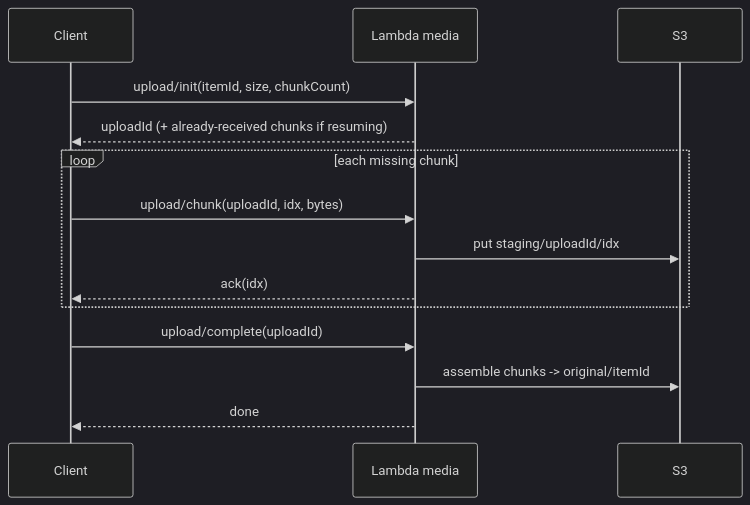
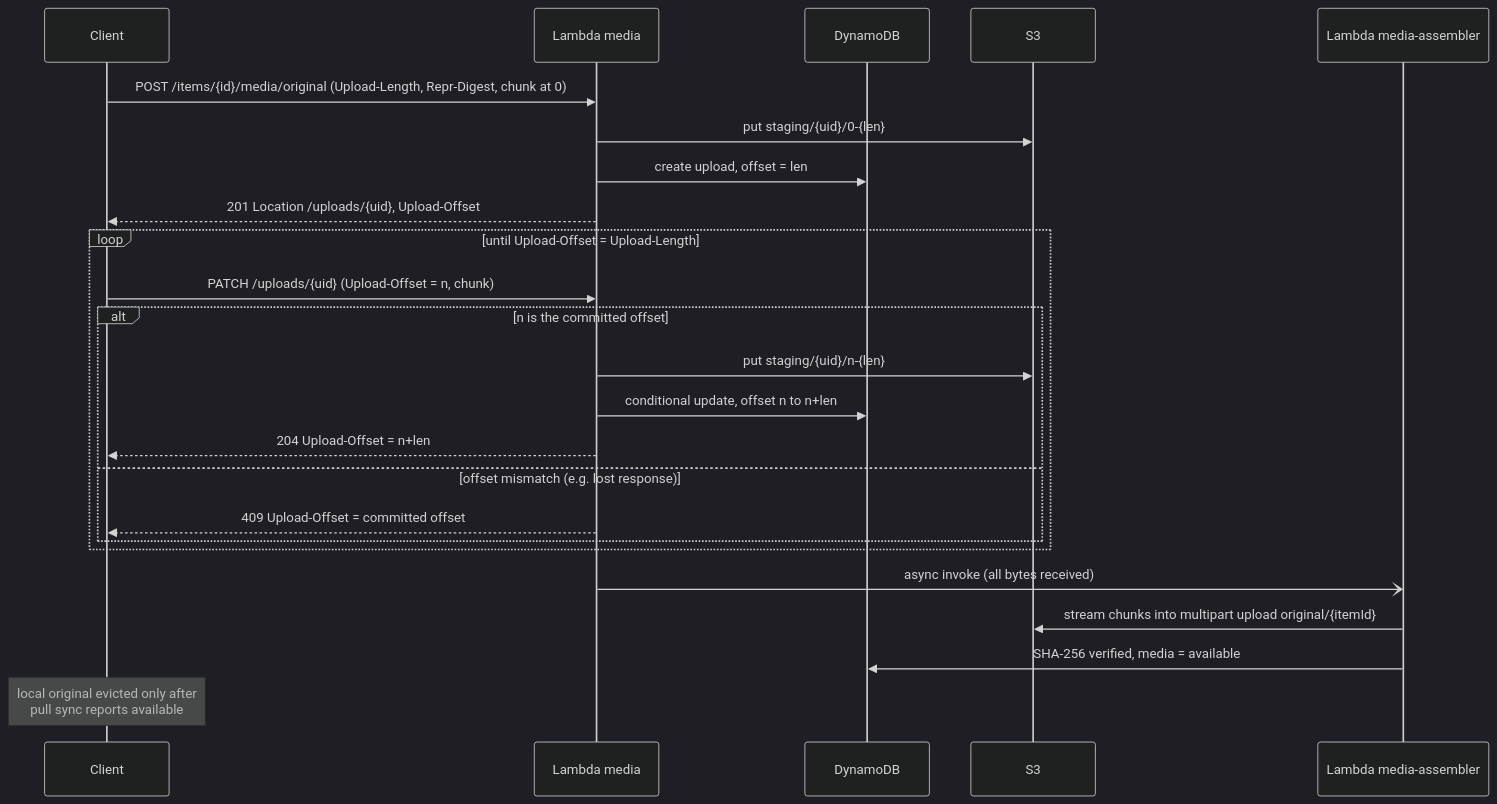
One commit to mvamgc/travel-records changed the third of 3 diagrams in docs/hld.md. Above: the diagram before and after it, drawn with Mermaid (dark theme). The commit also changed other lines of this file and 3 other files, not shown here.

First line of the commit message:
ADR-0001: resumable media upload in small chunks

````diff
--- a/docs/hld.md
+++ b/docs/hld.md
@@ -151,16 +164,26 @@
 ```mermaid
 sequenceDiagram
   participant C as Client
-  participant L as Lambda media
+  participant M as Lambda media
+  participant D as DynamoDB
   participant S as S3
-  C->>L: upload/init(itemId, size, chunkCount)
-  L-->>C: uploadId (+ already-received chunks if resuming)
-  loop each missing chunk
-    C->>L: upload/chunk(uploadId, idx, bytes)
-    L->>S: put staging/uploadId/idx
-    L-->>C: ack(idx)
+  participant A as Lambda media-assembler
+  C->>M: POST /items/{id}/media/original (Upload-Length, Repr-Digest, chunk at 0)
+  M->>S: put staging/{uid}/0-{len}
+  M->>D: create upload, offset = len
+  M-->>C: 201 Location /uploads/{uid}, Upload-Offset
+  loop until Upload-Offset = Upload-Length
+    C->>M: PATCH /uploads/{uid} (Upload-Offset = n, chunk)
+    alt n is the committed offset
+      M->>S: put staging/{uid}/n-{len}
+      M->>D: conditional update, offset n to n+len
+      M-->>C: 204 Upload-Offset = n+len
+    else offset mismatch (e.g. lost response)
+      M-->>C: 409 Upload-Offset = committed offset
+    end
   end
-  C->>L: upload/complete(uploadId)
-  L->>S: assemble chunks -> original/itemId
-  L-->>C: done
+  M-)A: async invoke (all bytes received)
+  A->>S: stream chunks into multipart upload original/{itemId}
+  A->>D: SHA-256 verified, media = available
+  Note over C: local original evicted only after<br/>pull sync reports available
 ```
````
